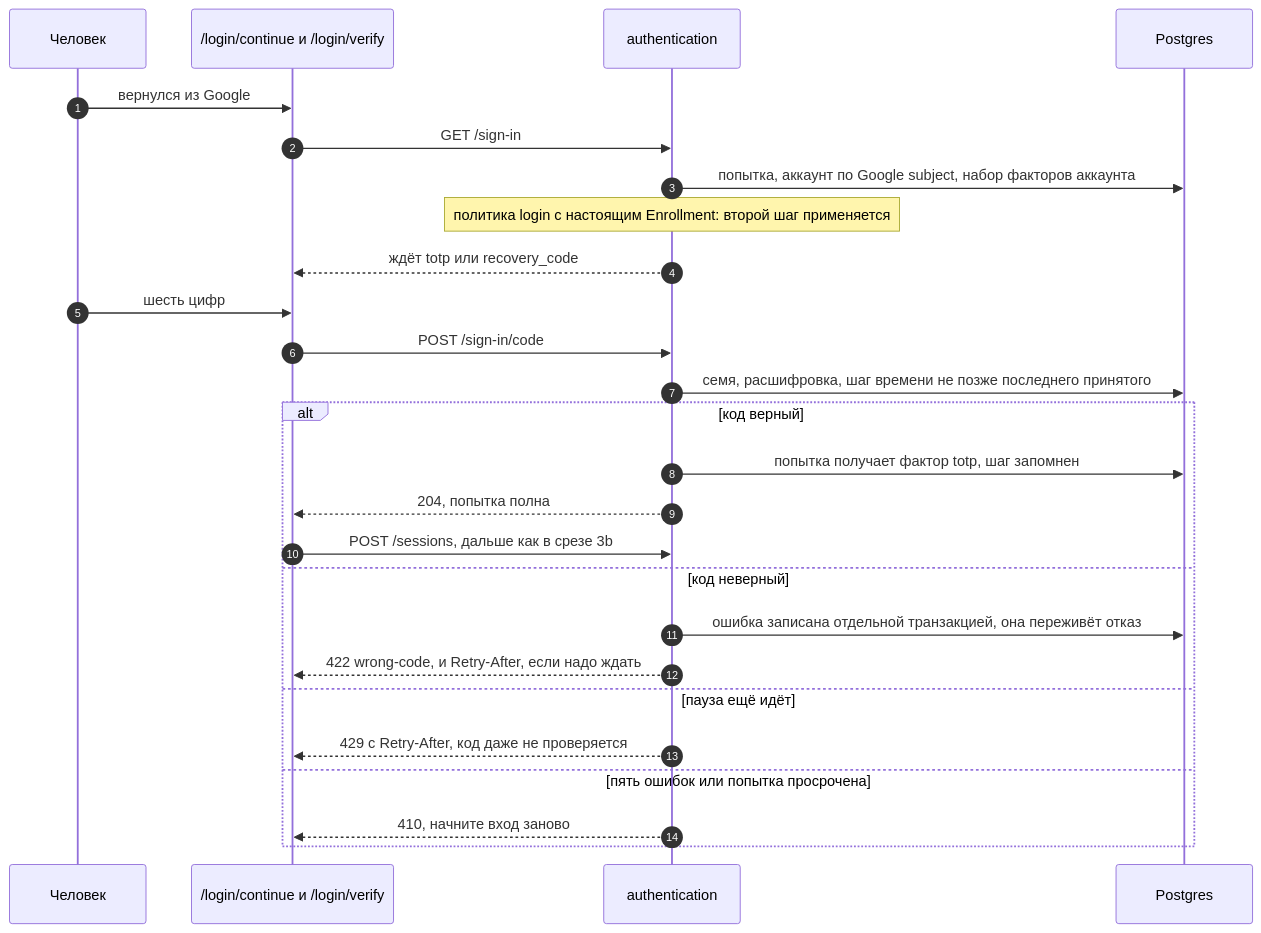
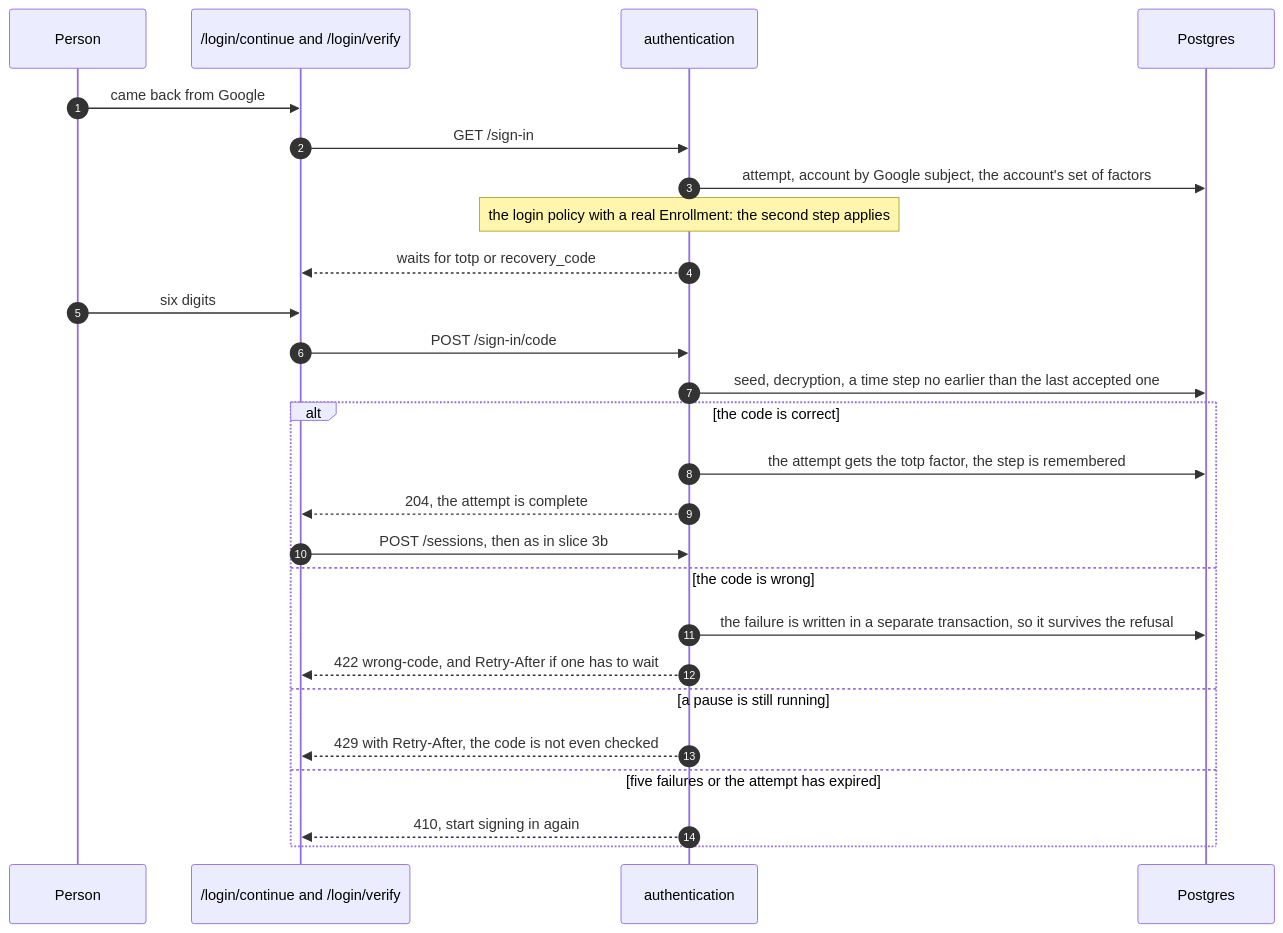
Before and after one commit to yuriisurzhykov/Tallyvane: the second of 5 diagrams in docs/backend/02-authentication-slice-5.md, drawn with Mermaid. The commit also changed other lines of this file, not shown here.

First line of the commit message:
Translate the slice 5 plan document to English

````diff
--- a/docs/backend/02-authentication-slice-5.md
+++ b/docs/backend/02-authentication-slice-5.md
@@ -88,28 +88,28 @@
 ```mermaid
 sequenceDiagram
     autonumber
-    participant P as Человек
-    participant W as /login/continue и /login/verify
+    participant P as Person
+    participant W as /login/continue and /login/verify
     participant A as authentication
     participant D as Postgres
-    P->>W: вернулся из Google
+    P->>W: came back from Google
     W->>A: GET /sign-in
-    A->>D: попытка, аккаунт по Google subject, набор факторов аккаунта
-    Note over A: политика login с настоящим Enrollment: второй шаг применяется
-    A-->>W: ждёт totp или recovery_code
-    P->>W: шесть цифр
+    A->>D: attempt, account by Google subject, the account's set of factors
+    Note over A: the login policy with a real Enrollment: the second step applies
+    A-->>W: waits for totp or recovery_code
+    P->>W: six digits
     W->>A: POST /sign-in/code
-    A->>D: семя, расшифровка, шаг времени не позже последнего принятого
-    alt код верный
-        A->>D: попытка получает фактор totp, шаг запомнен
-        A-->>W: 204, попытка полна
-        W->>A: POST /sessions, дальше как в срезе 3b
-    else код неверный
-        A->>D: ошибка записана отдельной транзакцией, она переживёт отказ
-        A-->>W: 422 wrong-code, и Retry-After, если надо ждать
-    else пауза ещё идёт
-        A-->>W: 429 с Retry-After, код даже не проверяется
-    else пять ошибок или попытка просрочена
-        A-->>W: 410, начните вход заново
+    A->>D: seed, decryption, a time step no earlier than the last accepted one
+    alt the code is correct
+        A->>D: the attempt gets the totp factor, the step is remembered
+        A-->>W: 204, the attempt is complete
+        W->>A: POST /sessions, then as in slice 3b
+    else the code is wrong
+        A->>D: the failure is written in a separate transaction, so it survives the refusal
+        A-->>W: 422 wrong-code, and Retry-After if one has to wait
+    else a pause is still running
+        A-->>W: 429 with Retry-After, the code is not even checked
+    else five failures or the attempt has expired
+        A-->>W: 410, start signing in again
     end
 ```
````
